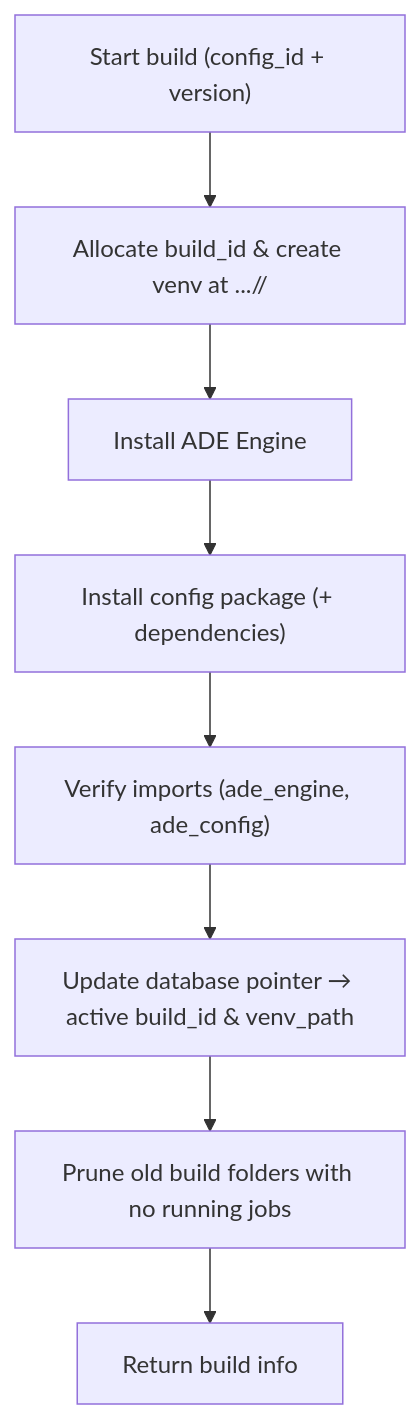
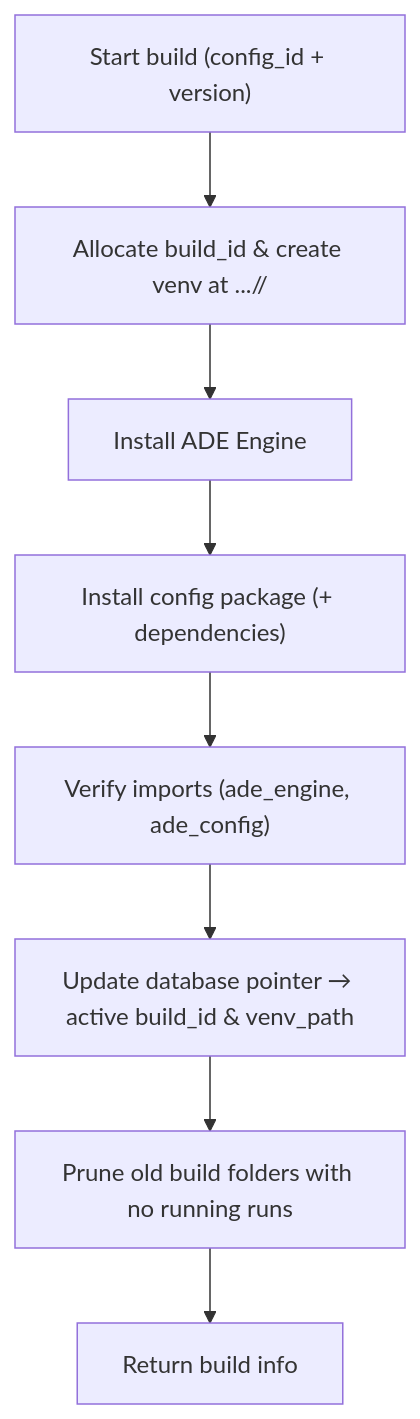
One commit to clac-ca/automatic-data-extractor changed the diagram in docs/developers/02-build-venv.md. Above: the diagram before and after it, drawn with Mermaid. The commit also changed other lines of this file and 102 other files, not shown here.

````diff
--- a/docs/developers/02-build-venv.md
+++ b/docs/developers/02-build-venv.md
@@ -46,10 +46,10 @@
 ```mermaid
 flowchart TD
   A["Start build (config_id + version)"] --> B["Allocate build_id & create venv at .../<build_id>/"]
   B --> C["Install ADE Engine"]
   C --> D["Install config package (+ dependencies)"]
   D --> E["Verify imports (ade_engine, ade_config)"]
   E --> F["Update database pointer → active build_id & venv_path"]
-  F --> G["Prune old build folders with no running jobs"]
+  F --> G["Prune old build folders with no running runs"]
   G --> H["Return build info"]
 ```
````
